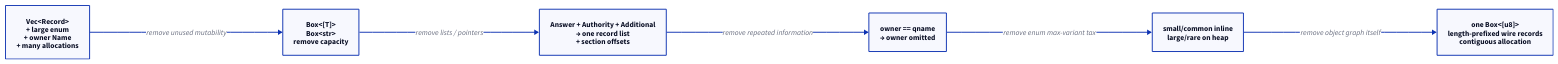
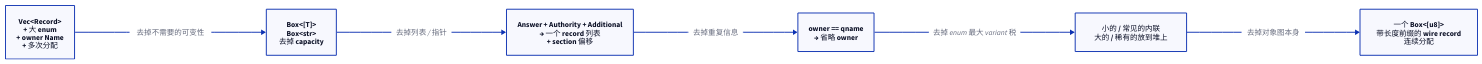
Before and after one commit to Disdjj/blog: the seventh of 11 diagrams in content/posts/how-cloudflare-1111-saved-100-tb-of-memory-by-refactoring-dns-cache-memory-layout-by-chatgpt-mh23d.md, drawn with D2. The commit also changed other lines of this file, not shown here.

````diff
--- a/content/posts/how-cloudflare-1111-saved-100-tb-of-memory-by-refactoring-dns-cache-memory-layout-by-chatgpt-mh23d.md
+++ b/content/posts/how-cloudflare-1111-saved-100-tb-of-memory-by-refactoring-dns-cache-memory-layout-by-chatgpt-mh23d.md
@@ -1206,33 +1204,33 @@
 ```d2
 direction: right
 
-v0: "V0\nObject Graph" {
-  label: "Vec<Record>\n+ large enum\n+ owner Name\n+ many allocations"
+v0: "V0\n对象图" {
+  label: "Vec<Record>\n+ 大 enum\n+ owner Name\n+ 多次分配"
 }
 
-v1: "V1\nImmutable Containers" {
-  label: "Box<[T]>\nBox<str>\nremove capacity"
+v1: "V1\n不可变容器" {
+  label: "Box<[T]>\nBox<str>\n去掉 capacity"
 }
 
-v2: "V2\nFlatten Sections" {
-  label: "Answer + Authority + Additional\n→ one record list\n+ section offsets"
+v2: "V2\n展平 Section" {
+  label: "Answer + Authority + Additional\n→ 一个 record 列表\n+ section 偏移"
 }
 
-v3: "V3\nContext Compression" {
-  label: "owner == qname\n→ owner omitted"
+v3: "V3\n上下文压缩" {
+  label: "owner == qname\n→ 省略 owner"
 }
 
-v4: "V4\nBox Large Variants" {
-  label: "small/common inline\nlarge/rare on heap"
+v4: "V4\nBox 大 Variant" {
+  label: "小的 / 常见的内联\n大的 / 稀有的放到堆上"
 }
 
-v5: "V5\nByte-oriented Cache" {
-  label: "one Box<[u8]>\nlength-prefixed wire records\ncontiguous allocation"
+v5: "V5\n面向字节的 Cache" {
+  label: "一个 Box<[u8]>\n带长度前缀的 wire record\n连续分配"
 }
 
-v0 -> v1: "remove unused mutability"
-v1 -> v2: "remove lists / pointers"
-v2 -> v3: "remove repeated information"
-v3 -> v4: "remove enum max-variant tax"
-v4 -> v5: "remove object graph itself"
+v0 -> v1: "去掉不需要的可变性"
+v1 -> v2: "去掉列表 / 指针"
+v2 -> v3: "去掉重复信息"
+v3 -> v4: "去掉 enum 最大 variant 税"
+v4 -> v5: "去掉对象图本身"
 ```
````
